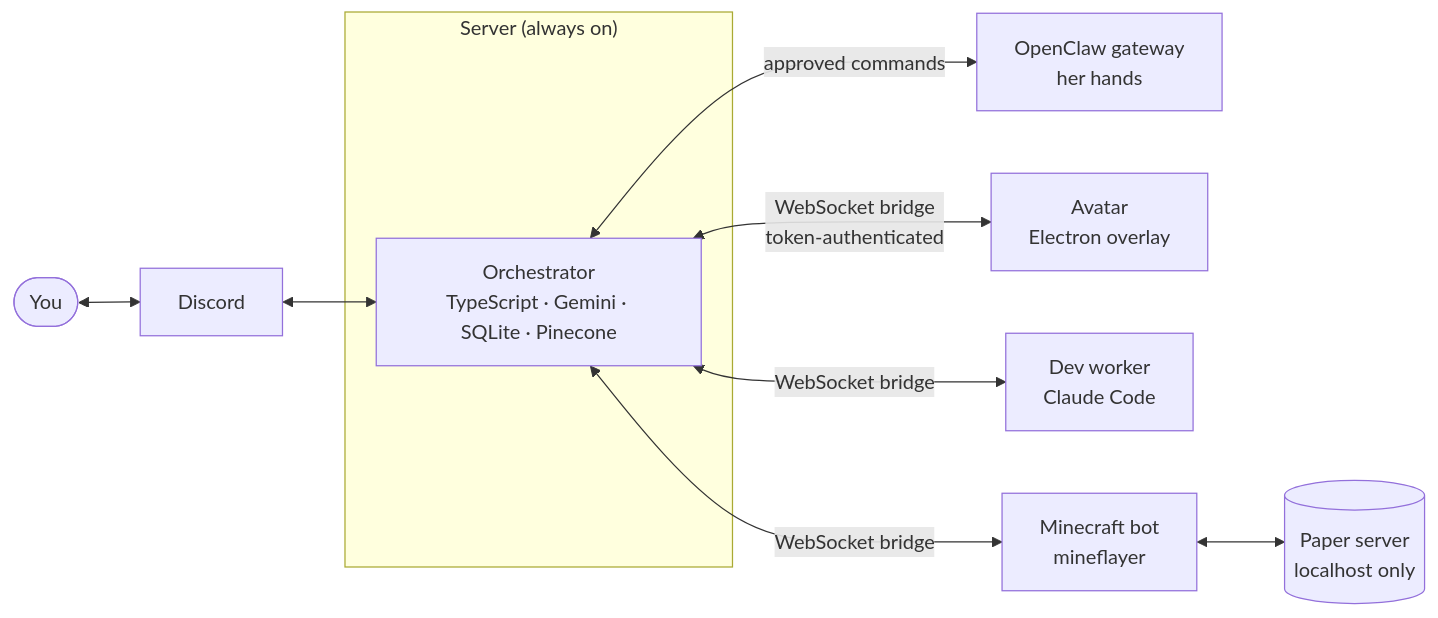
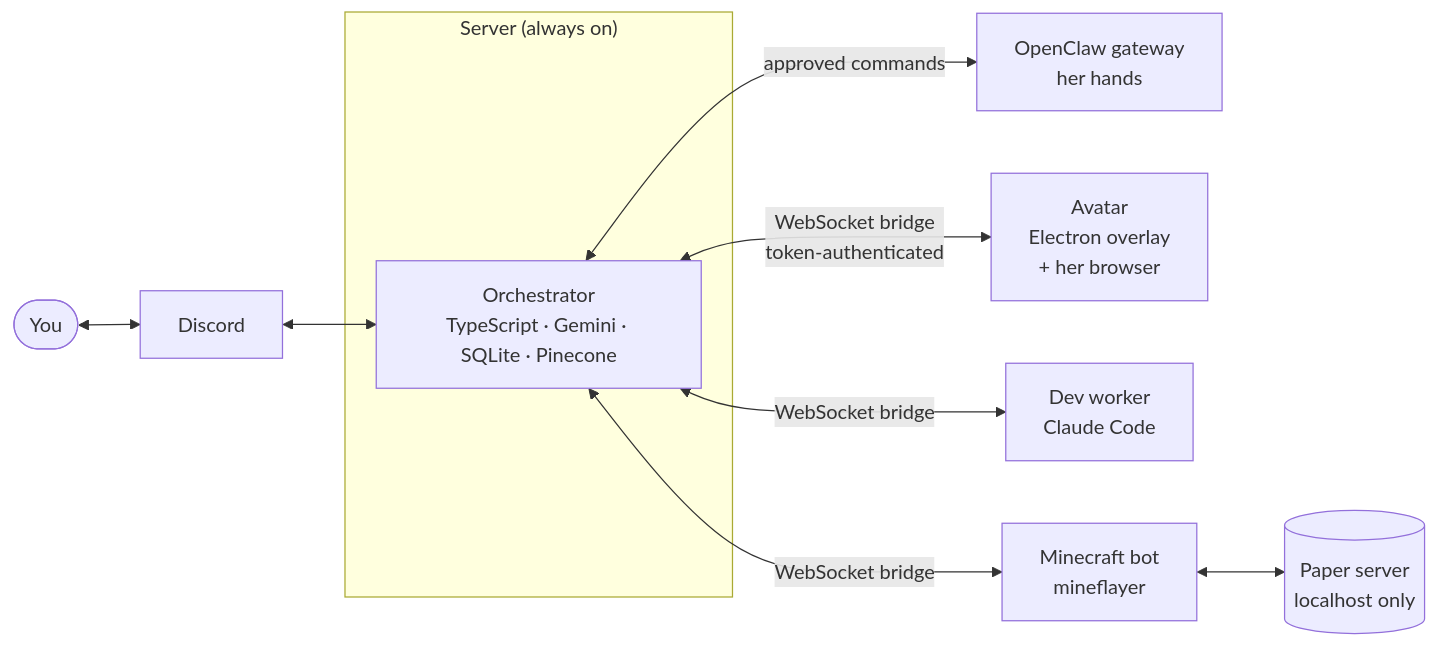
One commit to smandylee/shiro changed the diagram in README.md. Above: the diagram before and after it, drawn with Mermaid. The commit also changed other lines of this file and 16 other files, not shown here.

First line of the commit message:
Give her a browser of her own, where signing in stays the owner's

````diff
--- a/README.md
+++ b/README.md
@@ -65,15 +68,15 @@
 ```mermaid
 flowchart LR
     You([You]) <--> Discord
     Discord <--> O
 
     subgraph VM["Server (always on)"]
       O["Orchestrator<br/>TypeScript · Gemini · SQLite · Pinecone"]
     end
 
     O <-- "approved commands" --> C["OpenClaw gateway<br/>her hands"]
-    O <-- "WebSocket bridge<br/>token-authenticated" --> A["Avatar<br/>Electron overlay"]
+    O <-- "WebSocket bridge<br/>token-authenticated" --> A["Avatar<br/>Electron overlay<br/>+ her browser"]
     O <-- "WebSocket bridge" --> W["Dev worker<br/>Claude Code"]
     O <-- "WebSocket bridge" --> M["Minecraft bot<br/>mineflayer"]
     M <--> Paper[("Paper server<br/>localhost only")]
 ```
````
